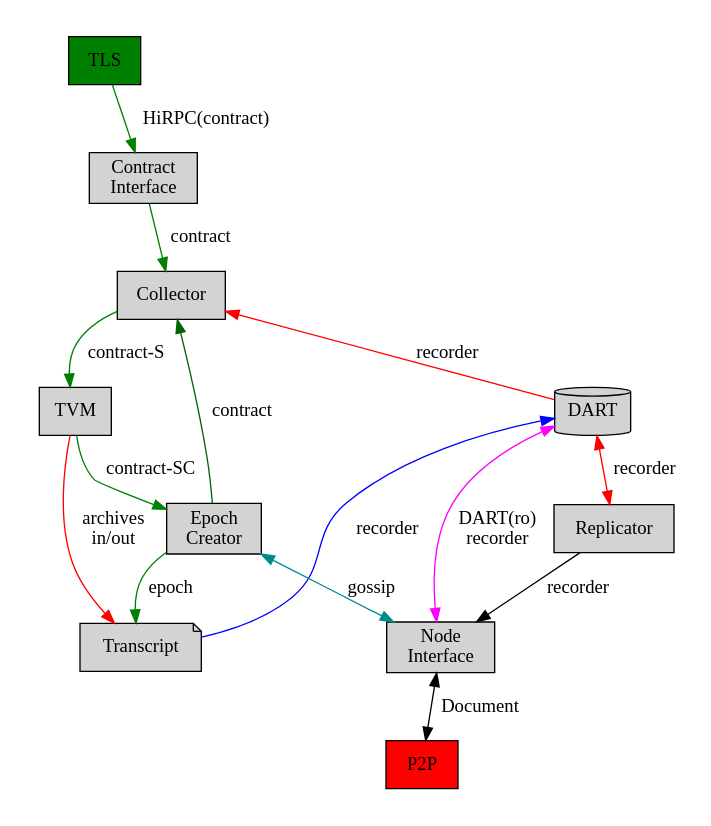
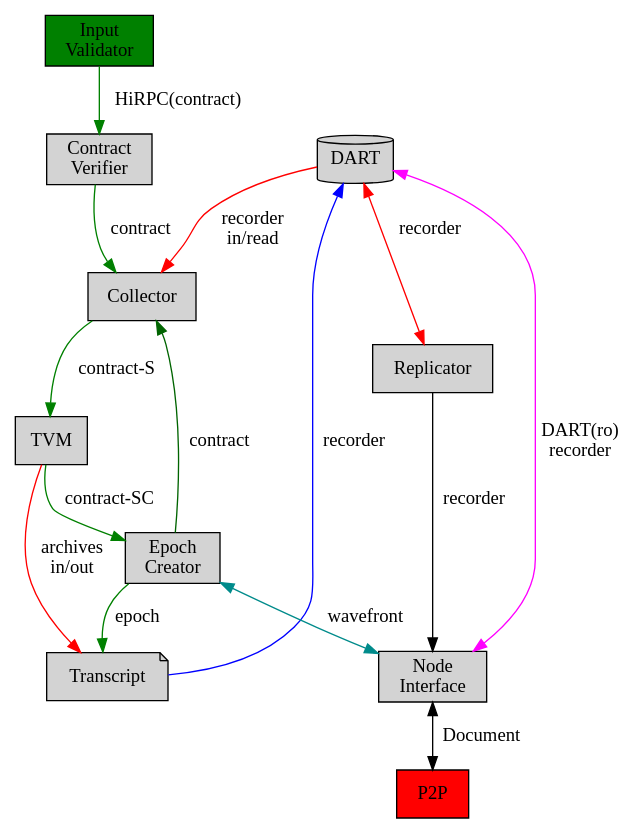
The first of 4 diagrams in documents/architecture/Network_Architecture.md (tagion/tagion), drawn with Graphviz before and after one commit. The commit also changed other lines of this file and 3 other files, not shown here.

Commit message:
WIP: Updating the core architecture documentation

````diff
--- a/documents/architecture/Network_Architecture.md
+++ b/documents/architecture/Network_Architecture.md
@@ -30,39 +31,29 @@
 ```graphviz
 digraph Message_flow {
-rankdir=UD;
   compound=true;
   labelangle=35;
   node [style=filled]
   node [ shape = "rect"];
   DART [shape = cylinder];
-  TLS [ style=filled fillcolor=green ];
+  Input [ label="Input\nValidator" style=filled fillcolor=green ]
   P2P [ style=filled fillcolor=red]
-  ContractInterface [ label="Contract\nInterface"]
+  ContractVerifier [ label="Contract\nVerifier"]
   NodeInterface [ label="Node\nInterface"]
   Transcript [shape = note]
   EpochCreator [label="Epoch\nCreator"]
-  subgraph cluster_1 {
-    peripheries=0;
-    TLS -> ContractInterface [label="HiRPC(contract)" color=green];
- 	ContractInterface -> Collector [label=contract color=green];
-	Collector -> TVM [label="contract-S" color=green];
-	EpochCreator -> Collector [label=contract color=darkgreen];
-	EpochCreator -> Transcript [label=epoch color=green];
-    TVM -> Transcript [label="archives\nin/out" color=red];
-  };
- subgraph cluster_2 {
-    peripheries=0;
-	TVM -> EpochCreator [label="contract-SC" color=green];
-    DART -> Replicator [label=recorder color=red dir=both];
-  };
-  subgraph cluster_3 {
-    peripheries=0;
-	DART -> NodeInterface [label="DART(ro)\nrecorder" dir=both color=magenta];
-    NodeInterface -> P2P [label=Document dir=both];
-  };
-  DART -> Collector [label=recorder color=red];
-  EpochCreator -> NodeInterface [label=gossip dir=both color=cyan4];
+  Input -> ContractVerifier [label="HiRPC(contract)" color=green];
+  ContractVerifier -> Collector [label=contract color=green];
+  Collector -> TVM [label="contract-S" color=green];
+  EpochCreator -> Collector [label=contract color=darkgreen];
+  EpochCreator -> Transcript [label=epoch color=green];
+  TVM -> Transcript [label="archives\nin/out" color=red];
+  TVM -> EpochCreator [label="contract-SC" color=green];
+  DART -> Replicator [label=recorder color=red dir=both];
+  DART -> NodeInterface [label="DART(ro)\nrecorder" dir=both color=magenta];
+  NodeInterface -> P2P [label=Document dir=both];
+  DART -> Collector [label="recorder\nin/read" color=red];
+  EpochCreator -> NodeInterface [label=wavefront dir=both color=cyan4];
   Transcript -> DART [label=recorder color=blue];
   Replicator -> NodeInterface [label=recorder];
 }
 ```
````
